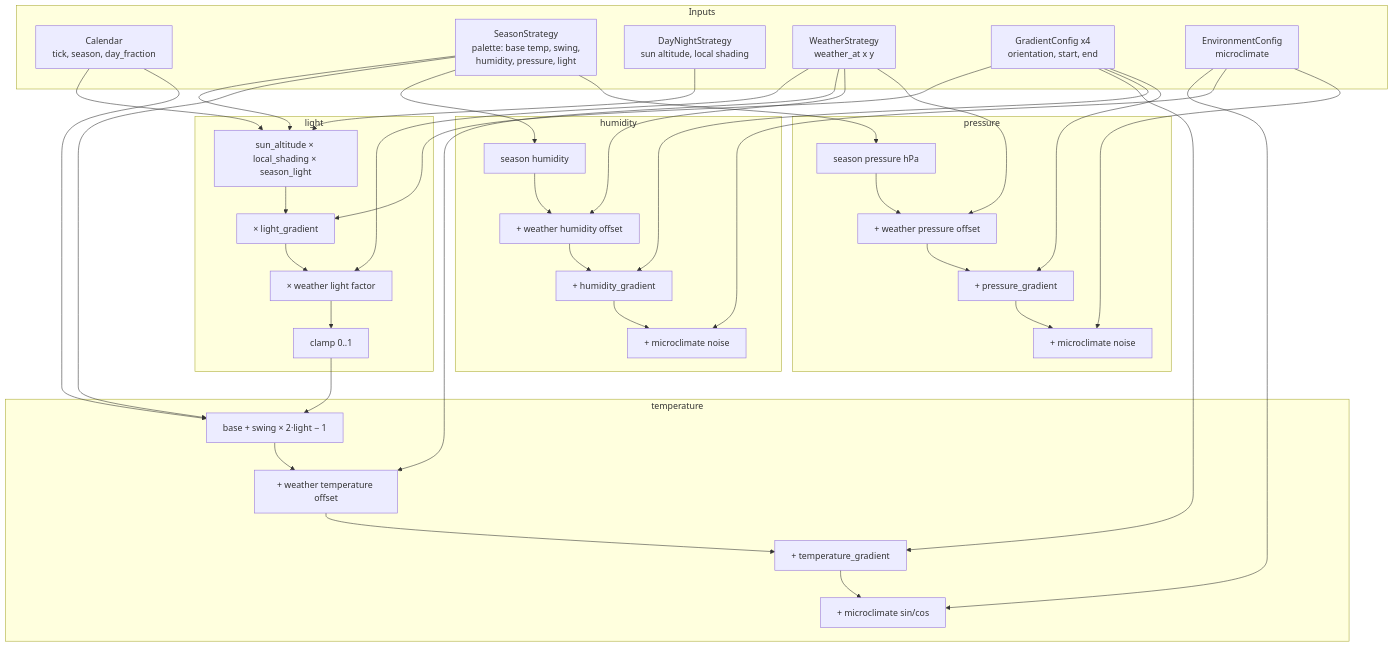
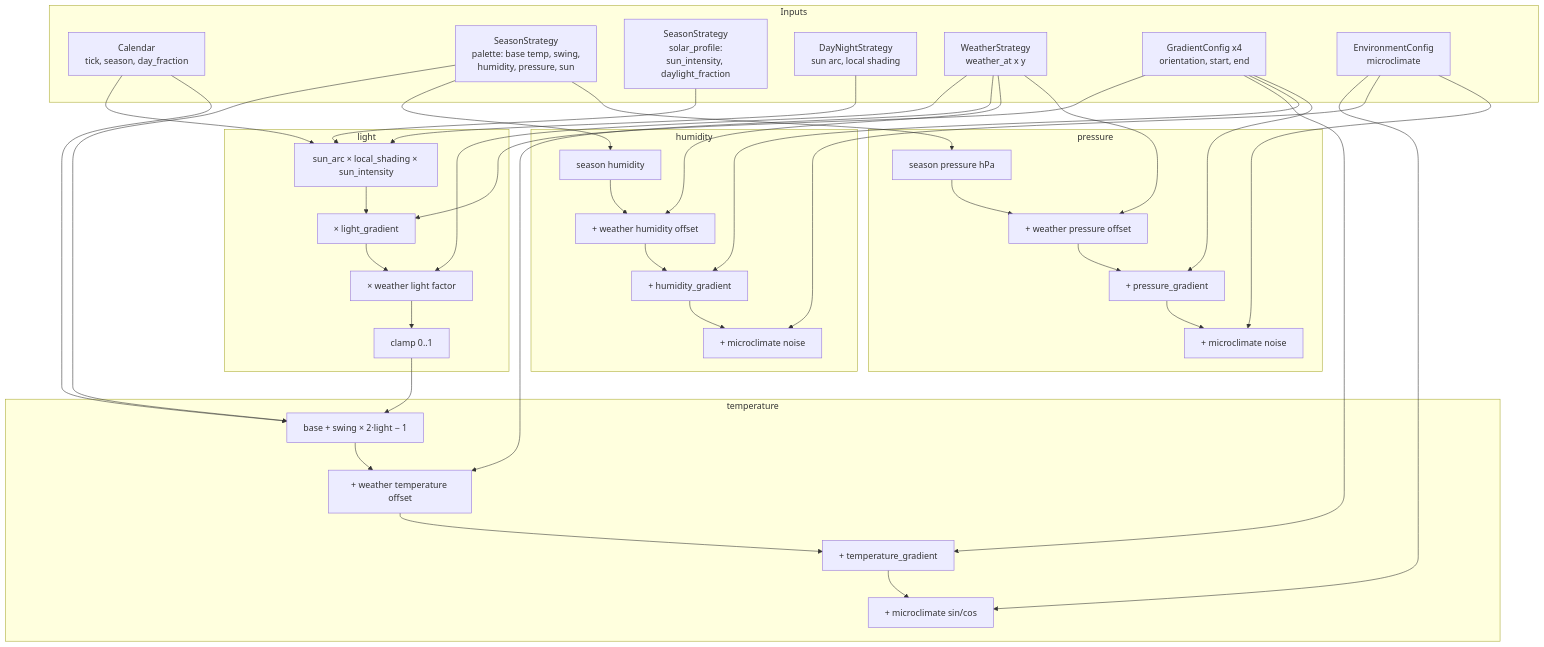
Before and after one commit to m-rossini/bns: the fourth of 9 diagrams in diagrams.md, drawn with Mermaid. The commit also changed other lines of this file and 3 other files, not shown here.

First line of the commit message:
docs: align README, spec, diagrams, TODO with barrier/climate/render changes

````diff
--- a/diagrams.md
+++ b/diagrams.md
@@ -301,64 +377,65 @@
 ```mermaid
 flowchart TD
     subgraph Inputs
         CAL[Calendar<br/>tick, season, day_fraction]
-        SEASON[SeasonStrategy<br/>palette: base temp, swing,<br/>humidity, pressure, light]
-        DAY[DayNightStrategy<br/>sun altitude, local shading]
+        SEASON[SeasonStrategy<br/>palette: base temp, swing,<br/>humidity, pressure, sun]
+        SOLAR[SeasonStrategy<br/>solar_profile:<br/>sun_intensity, daylight_fraction]
+        DAY[DayNightStrategy<br/>sun arc, local shading]
         WX[WeatherStrategy<br/>weather_at x y]
         GRAD[GradientConfig x4<br/>orientation, start, end]
         ENVC[EnvironmentConfig<br/>microclimate]
     end
 
     subgraph light
-        L1[sun_altitude × local_shading × season_light]
+        L1[sun_arc × local_shading × sun_intensity]
         L2[× light_gradient]
         L3[× weather light factor]
         L4[clamp 0..1]
     end
 
     subgraph temperature
         T1[base + swing × 2·light − 1]
         T2[+ weather temperature offset]
         T3[+ temperature_gradient]
         T4[+ microclimate sin/cos]
     end
 
     subgraph humidity
         H1[season humidity]
         H2[+ weather humidity offset]
         H3[+ humidity_gradient]
         H4[+ microclimate noise]
     end
 
     subgraph pressure
         P1[season pressure hPa]
         P2[+ weather pressure offset]
         P3[+ pressure_gradient]
         P4[+ microclimate noise]
     end
 
     CAL --> L1
     DAY --> L1
-    SEASON --> L1
+    SOLAR --> L1
     SEASON --> T1
     CAL --> T1
     GRAD --> L2
     GRAD --> T3
     GRAD --> H3
     GRAD --> P3
     WX --> L3
     WX --> T2
     WX --> H2
     WX --> P2
     SEASON --> H1
     SEASON --> P1
     ENVC --> T4
     ENVC --> H4
     ENVC --> P4
 
     L1 --> L2 --> L3 --> L4
     L4 --> T1
     T1 --> T2 --> T3 --> T4
     H1 --> H2 --> H3 --> H4
     P1 --> P2 --> P3 --> P4
 ```
````
